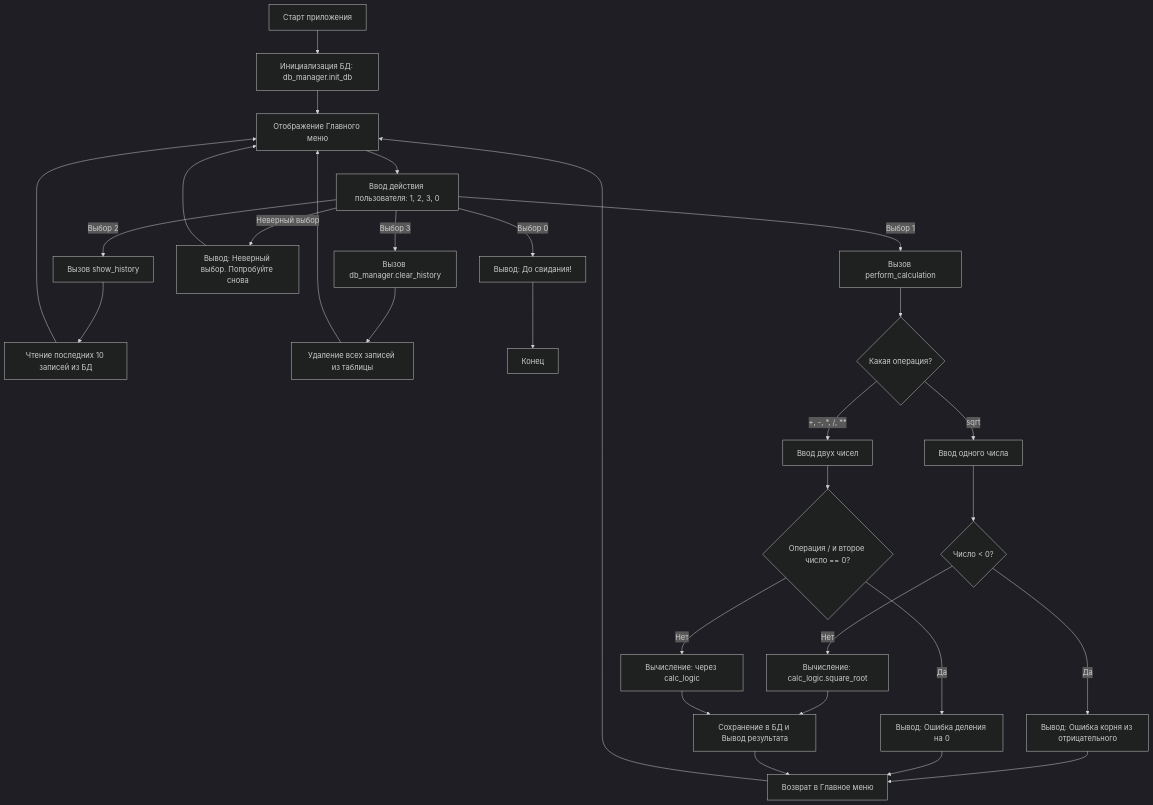
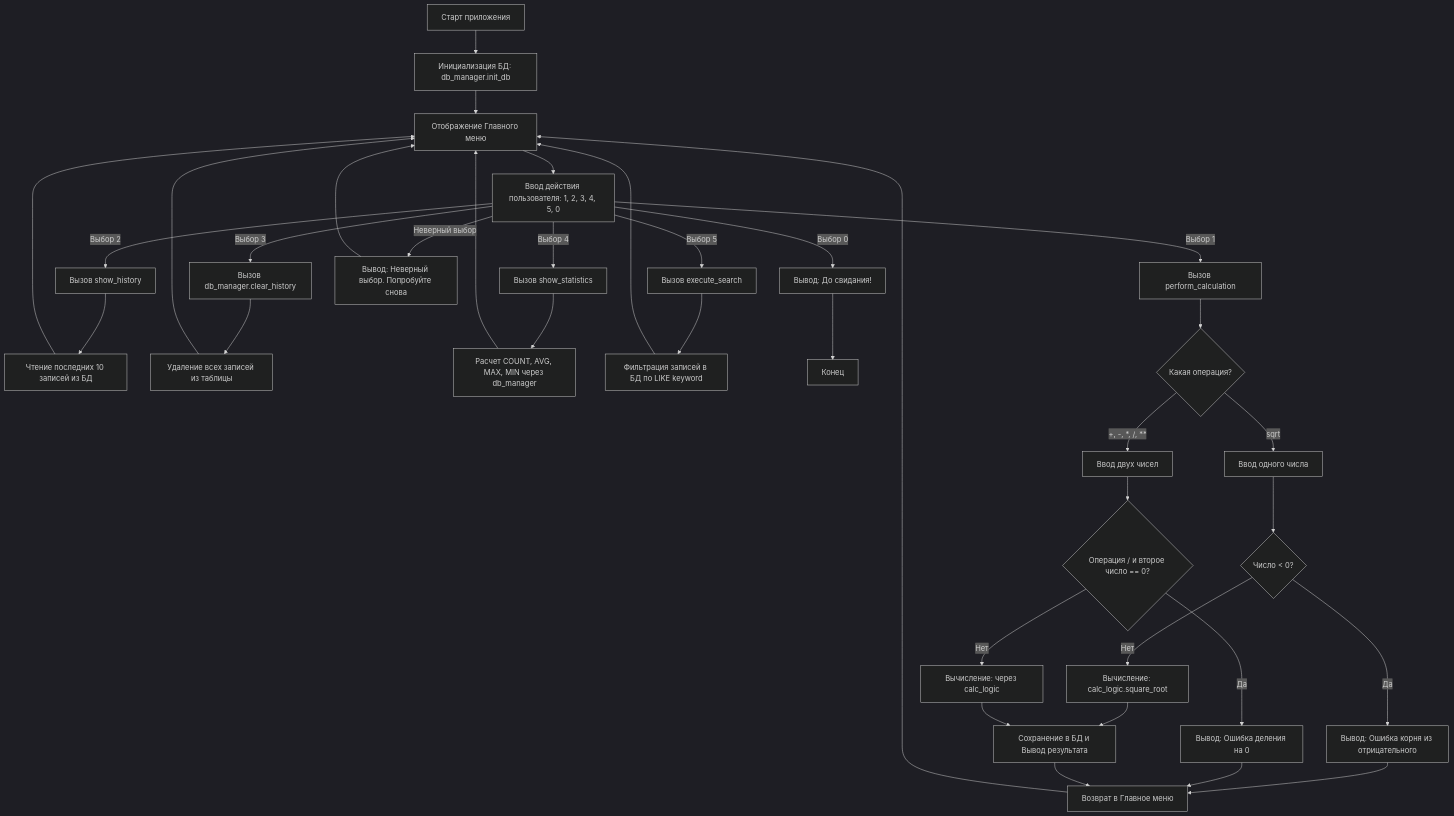
Before and after one commit to vovanmakrushin/calculator: the diagram in README.md, drawn with Mermaid (dark theme). The commit also changed other lines of this file, not shown here.

Commit message:
docs: дополнено описание возможностей в файле README

````diff
--- a/README.md
+++ b/README.md
@@ -37,47 +39,57 @@
 ```mermaid
 graph TD
     A[Старт приложения] --> B[Инициализация БД: db_manager.init_db]
     B --> C[Отображение Главного меню]
-    C --> D[Ввод действия пользователя: 1, 2, 3, 0]
+    C --> D[Ввод действия пользователя: 1, 2, 3, 4, 5, 0]
     
     %% Ветка 2: История
     D -->|Выбор 2| H[Вызов show_history]
     H --> I[Чтение последних 10 записей из БД]
     I --> C
     
     %% Ветка 3: Очистка
     D -->|Выбор 3| J[Вызов db_manager.clear_history]
     J --> K[Удаление всех записей из таблицы]
     K --> C
     
+    %% Ветка 4: Статистика
+    D -->|Выбор 4| L1[Вызов show_statistics]
+    L1 --> L2[Расчет COUNT, AVG, MAX, MIN через db_manager]
+    L2 --> C
+    
+    %% Ветка 5: Поиск
+    D -->|Выбор 5| M1[Вызов execute_search]
+    M1 --> M2[Фильтрация записей в БД по LIKE keyword]
+    M2 --> C
+    
     %% Ветка ошибки ввода меню
     D -->|Неверный выбор| N[Вывод: Неверный выбор. Попробуйте снова]
     N --> C
     
     %% Ветка 0: Выход
     D -->|Выбор 0| L[Вывод: До свидания!]
     L --> M[Конец]
     
-    %% Ветка 1: Вычисления (Интеграция вашей детальной схемы)
+    %% Ветка 1: Вычисления
     D -->|Выбор 1| E[Вызов perform_calculation]
     E --> O{Какая операция?}
     
     O -->|sqrt| P[Ввод одного числа]
     O -->|+, -, *, /, **| Q[Ввод двух чисел]
     
     P --> R{Число < 0?}
     R -- Да --> S[Вывод: Ошибка корня из отрицательного]
     R -- Нет --> T[Вычисление: calc_logic.square_root]
     
     Q --> U{Операция / и второе число == 0?}
     U -- Да --> V[Вывод: Ошибка деления на 0]
     U -- Нет --> W[Вычисление: через calc_logic]
     
     S --> X[Возврат в Главное меню]
     V --> X
     
     T --> Y[Сохранение в БД и Вывод результата]
     W --> Y
     Y --> X
     X --> C
 ```
````
